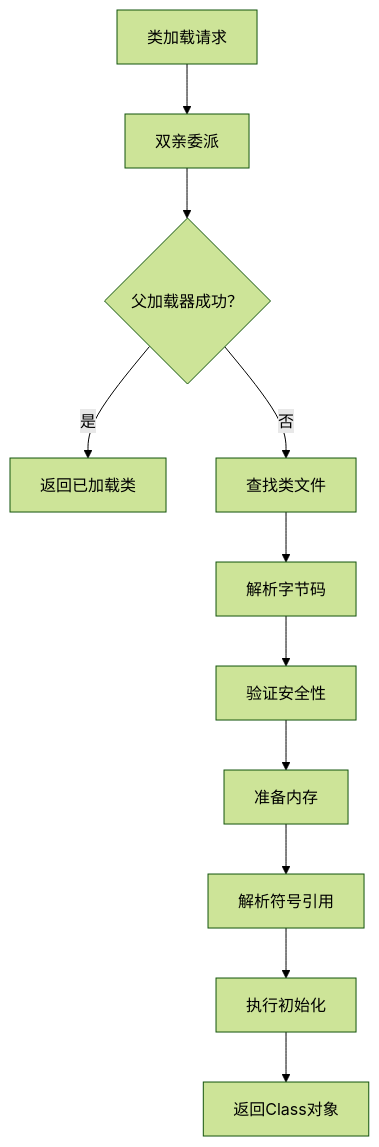
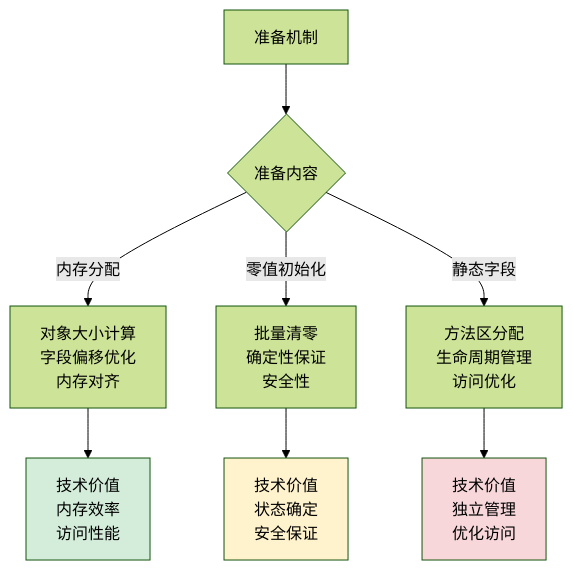
Before and after one commit to chongyang211/YCBookBlog: diagram 21 of 30 in 00.通用技术的提升/02.程序编程原理/07.类的加载核心原理.md, drawn with Mermaid (forest theme). The commit also changed other lines of this file and 5 other files, not shown here.

````diff
--- a/00.通用技术的提升/02.程序编程原理/07.类的加载核心原理.md
+++ b/00.通用技术的提升/02.程序编程原理/07.类的加载核心原理.md
@@ -718,13 +2357,15 @@
 ```mermaid
-flowchart TB
-    A[类加载请求] --> B[双亲委派]
-    B --> C{父加载器成功？}
-    C -->|是| D[返回已加载类]
-    C -->|否| E[查找类文件]
-    E --> F[解析字节码]
-    F --> G[验证安全性]
-    G --> H[准备内存]
-    H --> I[解析符号引用]
-    I --> J[执行初始化]
-    J --> K[返回Class对象]
+graph TB
+    A[准备机制] --> B{准备内容}
+    B -->|内存分配| C[对象大小计算<br/>字段偏移优化<br/>内存对齐]
+    B -->|零值初始化| D[批量清零<br/>确定性保证<br/>安全性]
+    B -->|静态字段| E[方法区分配<br/>生命周期管理<br/>访问优化]
+    
+    C --> C1[技术价值<br/>内存效率<br/>访问性能]
+    D --> D1[技术价值<br/>状态确定<br/>安全保证]
+    E --> E1[技术价值<br/>独立管理<br/>优化访问]
+    
+    style C1 fill:#d4edda
+    style D1 fill:#fff3cd
+    style E1 fill:#f8d7da
 ```
````
